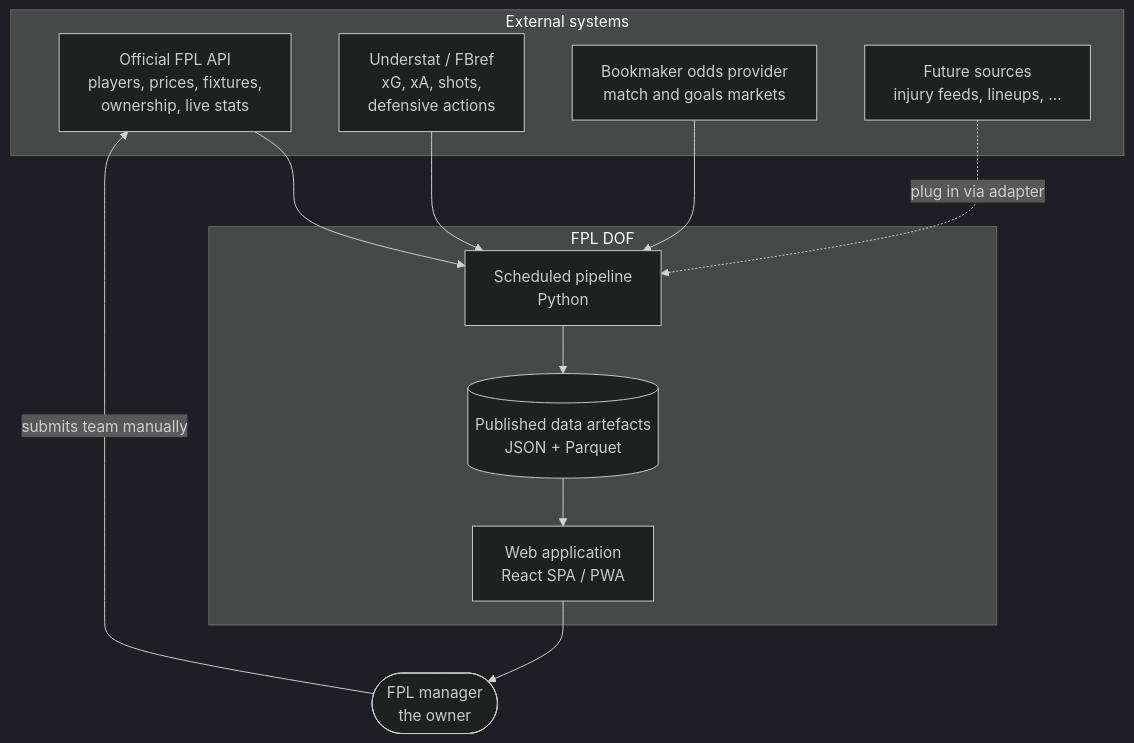
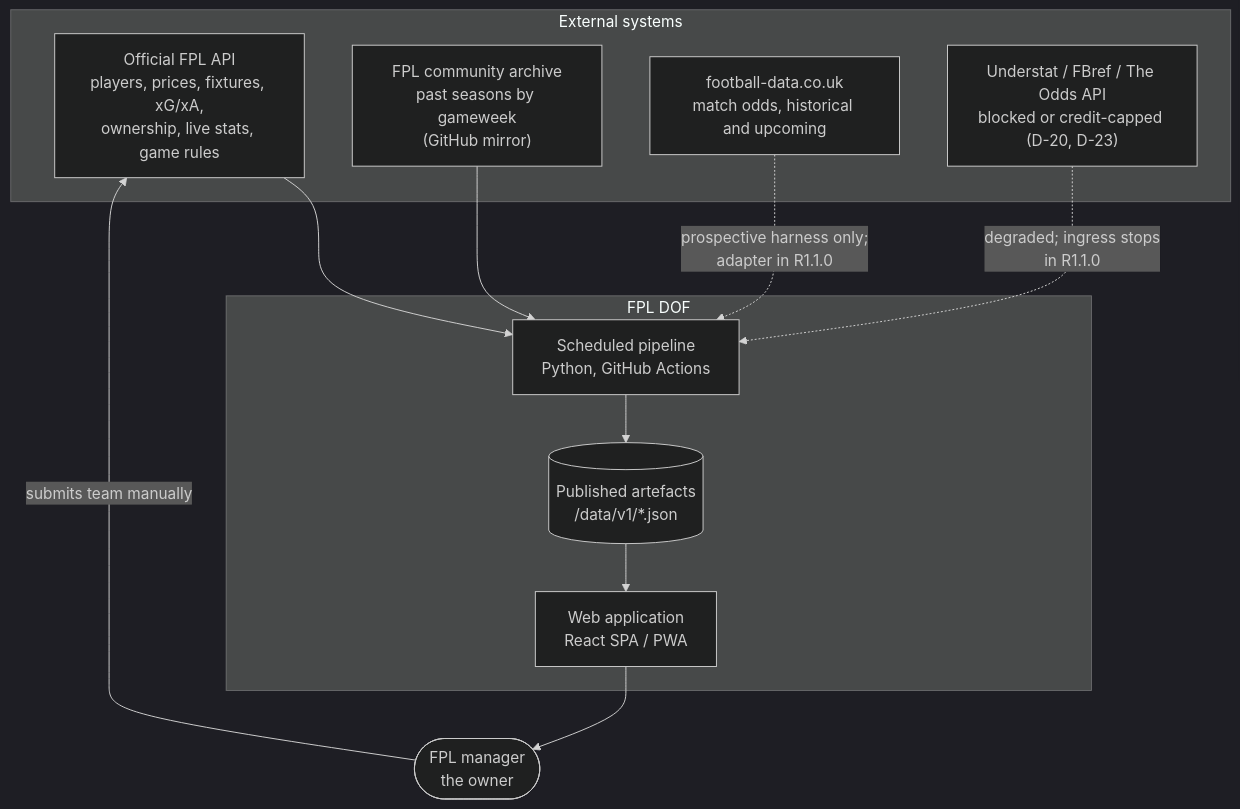
One commit to talonegg/fpl_dof2 changed the first of 4 diagrams in docs/planning/03-solution-architecture.md. Above: the diagram before and after it, drawn with Mermaid (dark theme). The commit also changed other lines of this file and 136 other files, not shown here.

First line of the commit message:
feat(docs): add R1.1.0 data pipeline improvement backlog and planning documentation

````diff
--- a/docs/planning/03-solution-architecture.md
+++ b/docs/planning/03-solution-architecture.md
@@ -36,26 +41,26 @@
 ```mermaid
 graph TB
     subgraph external["External systems"]
-        FPL["Official FPL API<br/>players, prices, fixtures,<br/>ownership, live stats"]
-        UND["Understat / FBref<br/>xG, xA, shots,<br/>defensive actions"]
-        ODDS["Bookmaker odds provider<br/>match and goals markets"]
-        FUT["Future sources<br/>injury feeds, lineups, ..."]
+        FPL["Official FPL API<br/>players, prices, fixtures, xG/xA,<br/>ownership, live stats, game rules"]
+        ARC["FPL community archive<br/>past seasons by gameweek<br/>(GitHub mirror)"]
+        FDC["football-data.co.uk<br/>match odds, historical and upcoming"]
+        BLK["Understat / FBref / The Odds API<br/>blocked or credit-capped (D-20, D-23)"]
     end
 
     subgraph system["FPL DOF"]
-        PIPE["Scheduled pipeline<br/>Python"]
-        ART[("Published data artefacts<br/>JSON + Parquet")]
+        PIPE["Scheduled pipeline<br/>Python, GitHub Actions"]
+        ART[("Published artefacts<br/>/data/v1/*.json")]
         APP["Web application<br/>React SPA / PWA"]
     end
 
     USER(["FPL manager<br/>the owner"])
 
     FPL --> PIPE
-    UND --> PIPE
-    ODDS --> PIPE
-    FUT -.->|"plug in via adapter"| PIPE
+    ARC --> PIPE
+    FDC -.->|"prospective harness only;<br/>adapter in R1.1.0"| PIPE
+    BLK -.->|"degraded; ingress stops<br/>in R1.1.0"| PIPE
     PIPE --> ART
     ART --> APP
     APP --> USER
     USER -->|"submits team manually"| FPL
 ```
````
